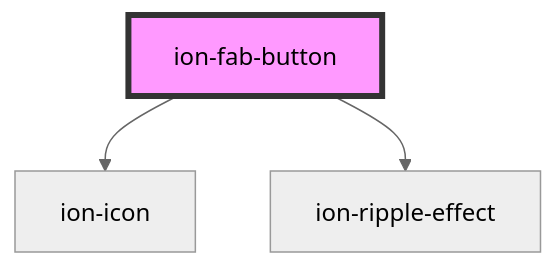
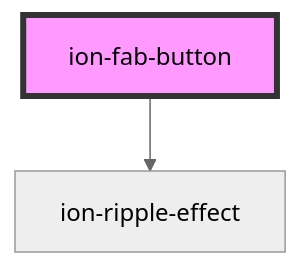
One commit to ionic-team/ionic-framework changed the diagram in core/src/components/fab-button/readme.md. Above: the diagram before and after it, drawn with Mermaid (neutral theme). The commit also changed other lines of this file and 3 other files, not shown here.

Commit message:
feat(fab-button): slot for close icon instead of ionicons reference

````diff
--- a/core/src/components/fab-button/readme.md
+++ b/core/src/components/fab-button/readme.md
@@ -159,6 +165,5 @@
 ```mermaid
 graph TD;
-  ion-fab-button --> ion-icon
   ion-fab-button --> ion-ripple-effect
   style ion-fab-button fill:#f9f,stroke:#333,stroke-width:4px
 ```
````
